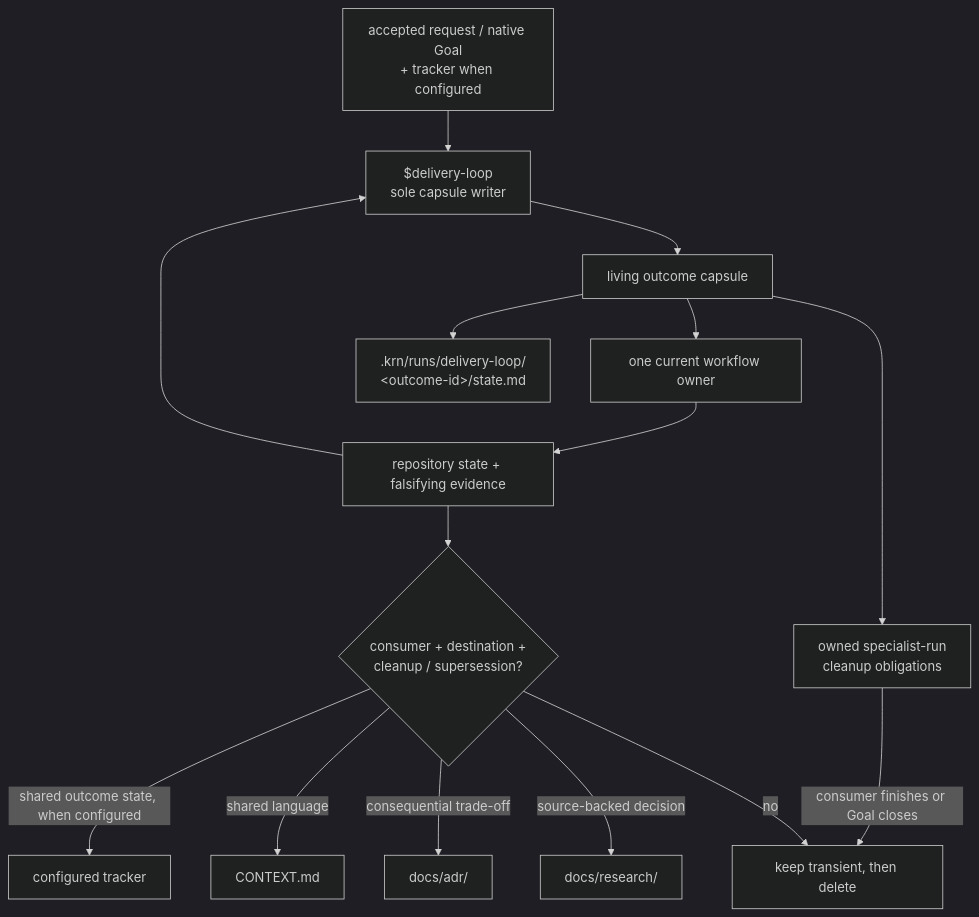
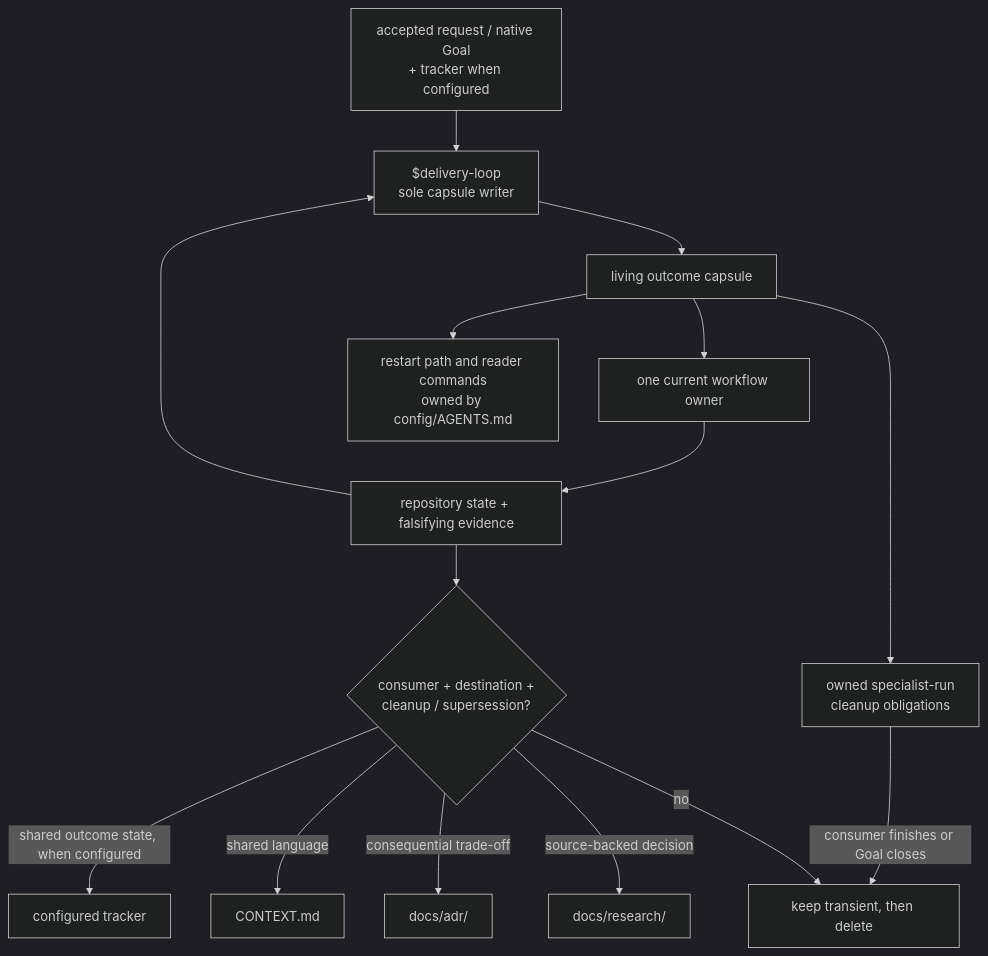
Before and after one commit to korneliuszburian/krn-codex-skills: the second of 2 diagrams in README.md, drawn with Mermaid (dark theme). The commit also changed other lines of this file and 9 other files, not shown here.

First line of the commit message:
refactor(contract): own the outcome capsule contract once

````diff
--- a/README.md
+++ b/README.md
@@ -74,17 +74,17 @@
 ```mermaid
 flowchart TD
   GOAL["accepted request / native Goal<br/>+ tracker when configured"] --> LOOP["$delivery-loop<br/>sole capsule writer"]
   LOOP --> CAPSULE["living outcome capsule"]
   CAPSULE --> OWNER["one current workflow owner"]
   OWNER --> EVIDENCE["repository state + falsifying evidence"]
   EVIDENCE --> LOOP
-  CAPSULE --> RUNS[".krn/runs/delivery-loop/<br/>&lt;outcome-id&gt;/state.md"]
+  CAPSULE --> RUNS["restart path and reader commands<br/>owned by config/AGENTS.md"]
   CAPSULE --> CLEANUP["owned specialist-run<br/>cleanup obligations"]
   CLEANUP -->|consumer finishes or Goal closes| DELETE
   EVIDENCE --> GATE{"consumer + destination +<br/>cleanup / supersession?"}
   GATE -->|shared outcome state, when configured| TRACKER["configured tracker"]
   GATE -->|shared language| CONTEXT["CONTEXT.md"]
   GATE -->|consequential trade-off| ADR["docs/adr/"]
   GATE -->|source-backed decision| RESEARCH["docs/research/"]
   GATE -->|no| DELETE["keep transient, then delete"]
 ```
````
